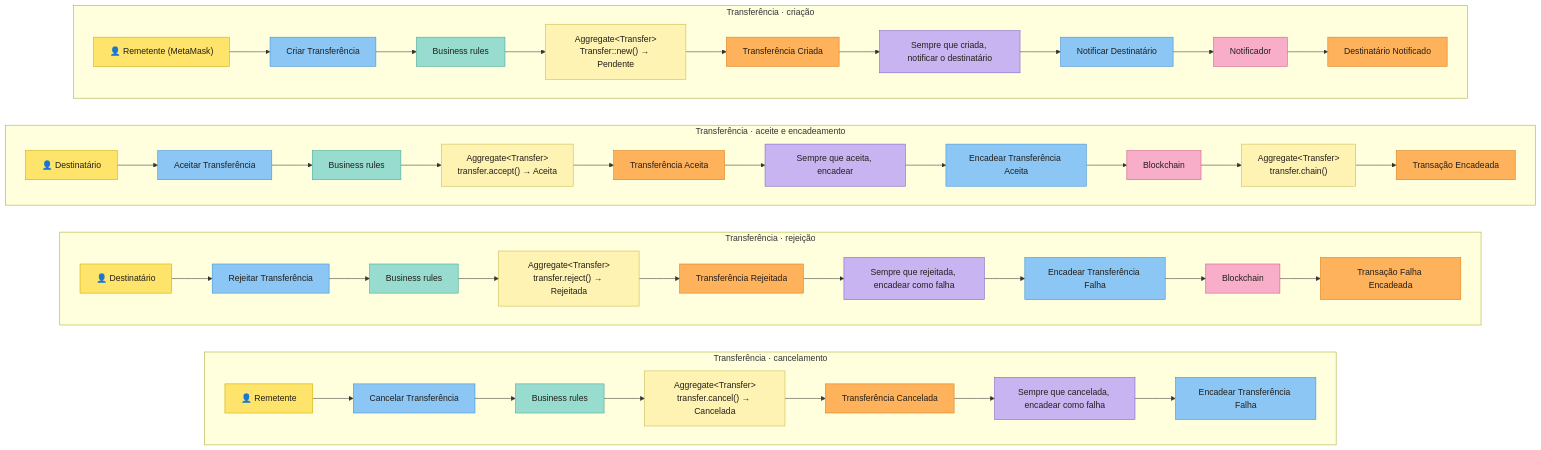
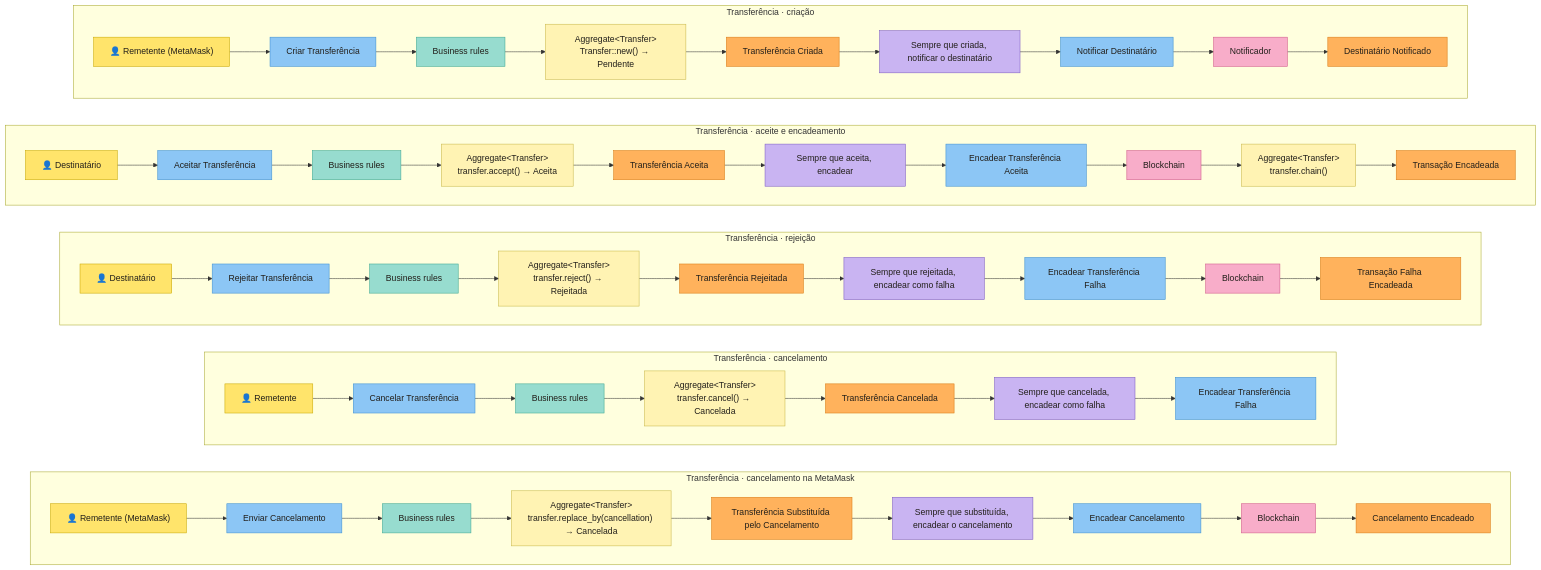
The second of 5 diagrams in README.md (ecdesa-labs/cerne), drawn with Mermaid before and after one commit. The commit also changed other lines of this file and 39 other files, not shown here.

First line of the commit message:
Phase 3.5: JSON-RPC per spec, cerne g http, REST and Postgres run in e2e; MetaMask cancel in rde (D39, D40)

````diff
--- a/README.md
+++ b/README.md
@@ -45,28 +45,32 @@
 ```mermaid
 flowchart TB
   subgraph criacao["Transferência · criação"]
     direction LR
     sender["👤 Remetente (MetaMask)"]:::actor --> create["Criar Transferência"]:::command --> cRules["Business rules"]:::rule --> cTransfer["Aggregate#lt;Transfer#gt;<br/>Transfer::new() → Pendente"]:::aggregate --> created["Transferência Criada"]:::event --> notifyPolicy["Sempre que criada, notificar o destinatário"]:::policy --> notifyCmd["Notificar Destinatário"]:::command --> notifier["Notificador"]:::external --> notified["Destinatário Notificado"]:::event
   end
   subgraph aceite["Transferência · aceite e encadeamento"]
     direction LR
     recipient["👤 Destinatário"]:::actor --> accept["Aceitar Transferência"]:::command --> aRules["Business rules"]:::rule --> aTransfer["Aggregate#lt;Transfer#gt;<br/>transfer.accept() → Aceita"]:::aggregate --> accepted["Transferência Aceita"]:::event --> policy["Sempre que aceita, encadear"]:::policy --> chainCmd["Encadear Transferência Aceita"]:::command --> chain["Blockchain"]:::external --> chainedTransfer["Aggregate#lt;Transfer#gt;<br/>transfer.chain()"]:::aggregate --> chained["Transação Encadeada"]:::event
   end
   subgraph rejeicao["Transferência · rejeição"]
     direction LR
     recipient2["👤 Destinatário"]:::actor --> reject["Rejeitar Transferência"]:::command --> rRules["Business rules"]:::rule --> rTransfer["Aggregate#lt;Transfer#gt;<br/>transfer.reject() → Rejeitada"]:::aggregate --> rejected["Transferência Rejeitada"]:::event --> rPolicy["Sempre que rejeitada, encadear como falha"]:::policy --> failCmd["Encadear Transferência Falha"]:::command --> rChain["Blockchain"]:::external --> failed["Transação Falha Encadeada"]:::event
   end
   subgraph cancelamento["Transferência · cancelamento"]
     direction LR
     sender2["👤 Remetente"]:::actor --> cancel["Cancelar Transferência"]:::command --> xRules["Business rules"]:::rule --> xTransfer["Aggregate#lt;Transfer#gt;<br/>transfer.cancel() → Cancelada"]:::aggregate --> canceled["Transferência Cancelada"]:::event --> xPolicy["Sempre que cancelada, encadear como falha"]:::policy --> xFailCmd["Encadear Transferência Falha"]:::command
   end
-  criacao ~~~ aceite ~~~ rejeicao ~~~ cancelamento
+  subgraph cancelamentoMetaMask["Transferência · cancelamento na MetaMask"]
+    direction LR
+    sender3["👤 Remetente (MetaMask)"]:::actor --> sendCancellation["Enviar Cancelamento"]:::command --> mRules["Business rules"]:::rule --> mTransfer["Aggregate#lt;Transfer#gt;<br/>transfer.replace_by(cancellation) → Cancelada"]:::aggregate --> replaced["Transferência Substituída pelo Cancelamento"]:::event --> mPolicy["Sempre que substituída, encadear o cancelamento"]:::policy --> chainCancellation["Encadear Cancelamento"]:::command --> mChain["Blockchain"]:::external --> cancellationChained["Cancelamento Encadeado"]:::event
+  end
+  criacao ~~~ aceite ~~~ rejeicao ~~~ cancelamento ~~~ cancelamentoMetaMask
   classDef actor fill:#ffe46b,stroke:#c9a800,color:#221f1a
   classDef command fill:#8cc6f5,stroke:#3d8fd1,color:#221f1a
   classDef rule fill:#97dccf,stroke:#3fa892,color:#221f1a
   classDef service fill:#dde2e7,stroke:#8a96a3,color:#221f1a
   classDef aggregate fill:#fff3b3,stroke:#c9b84a,color:#221f1a
   classDef event fill:#ffb25c,stroke:#d97a14,color:#221f1a
   classDef policy fill:#c9b4f2,stroke:#7d5cc4,color:#221f1a
   classDef external fill:#f8adc9,stroke:#d0578a,color:#221f1a
 ```
````
